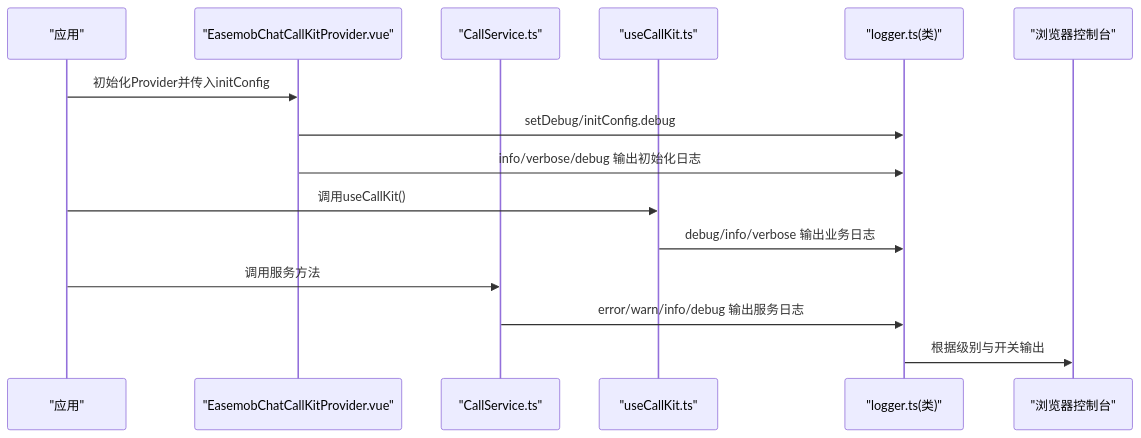
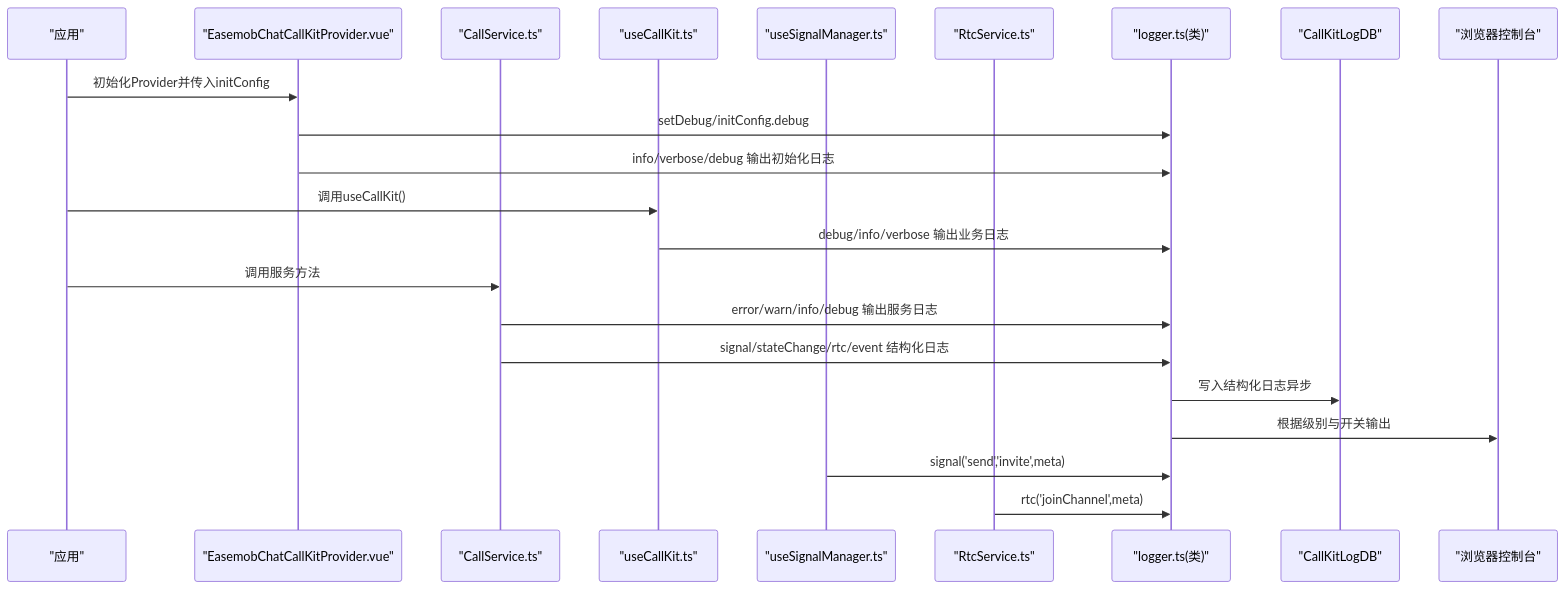
Before and after one commit to Easemob-Community/easemob-uikit-callkit-vue3: the second of 6 diagrams in .qoder/repowiki/zh/content/工具函数/日志管理器.md, drawn with Mermaid. The commit also changed other lines of this file and 58 other files, not shown here.

````diff
--- a/.qoder/repowiki/zh/content/工具函数/日志管理器.md
+++ b/.qoder/repowiki/zh/content/工具函数/日志管理器.md
@@ -100,17 +122,24 @@
 ```mermaid
 sequenceDiagram
 participant App as "应用"
 participant Provider as "EasemobChatCallKitProvider.vue"
 participant Service as "CallService.ts"
 participant Composable as "useCallKit.ts"
+participant Signal as "useSignalManager.ts"
+participant Rtc as "RtcService.ts"
 participant Logger as "logger.ts(类)"
+participant DB as "CallKitLogDB"
 participant Console as "浏览器控制台"
 App->>Provider : 初始化Provider并传入initConfig
 Provider->>Logger : setDebug/initConfig.debug
 Provider->>Logger : info/verbose/debug 输出初始化日志
 App->>Composable : 调用useCallKit()
 Composable->>Logger : debug/info/verbose 输出业务日志
 App->>Service : 调用服务方法
 Service->>Logger : error/warn/info/debug 输出服务日志
+Service->>Logger : signal/stateChange/rtc/event 结构化日志
+Logger->>DB : 写入结构化日志异步
 Logger->>Console : 根据级别与开关输出
+Signal->>Logger : signal('send','invite',meta)
+Rtc->>Logger : rtc('joinChannel',meta)
 ```
````
